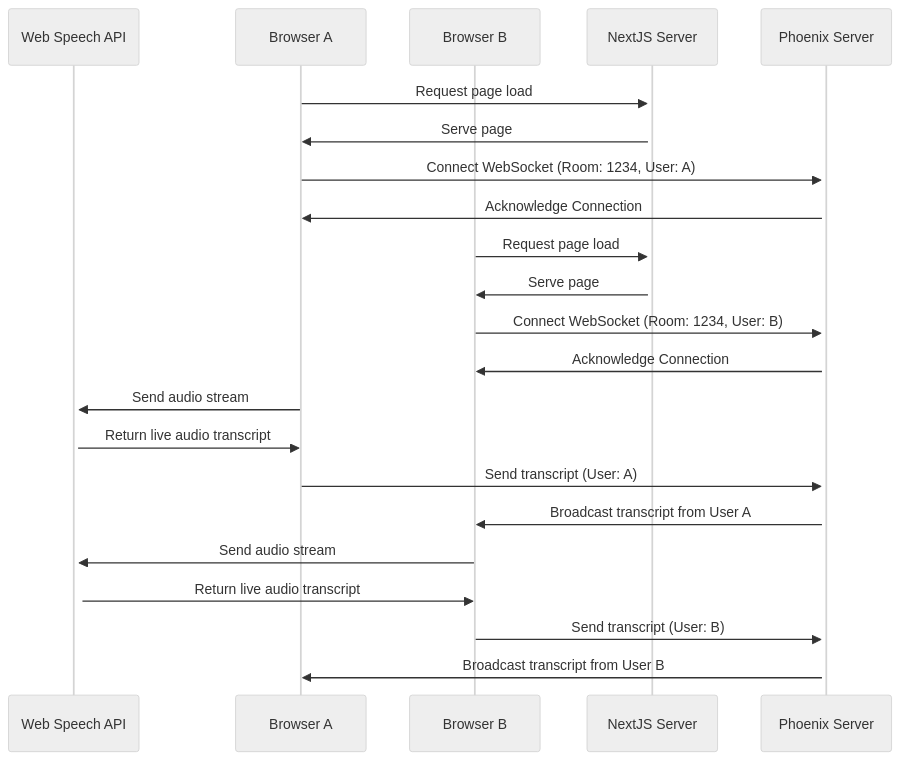
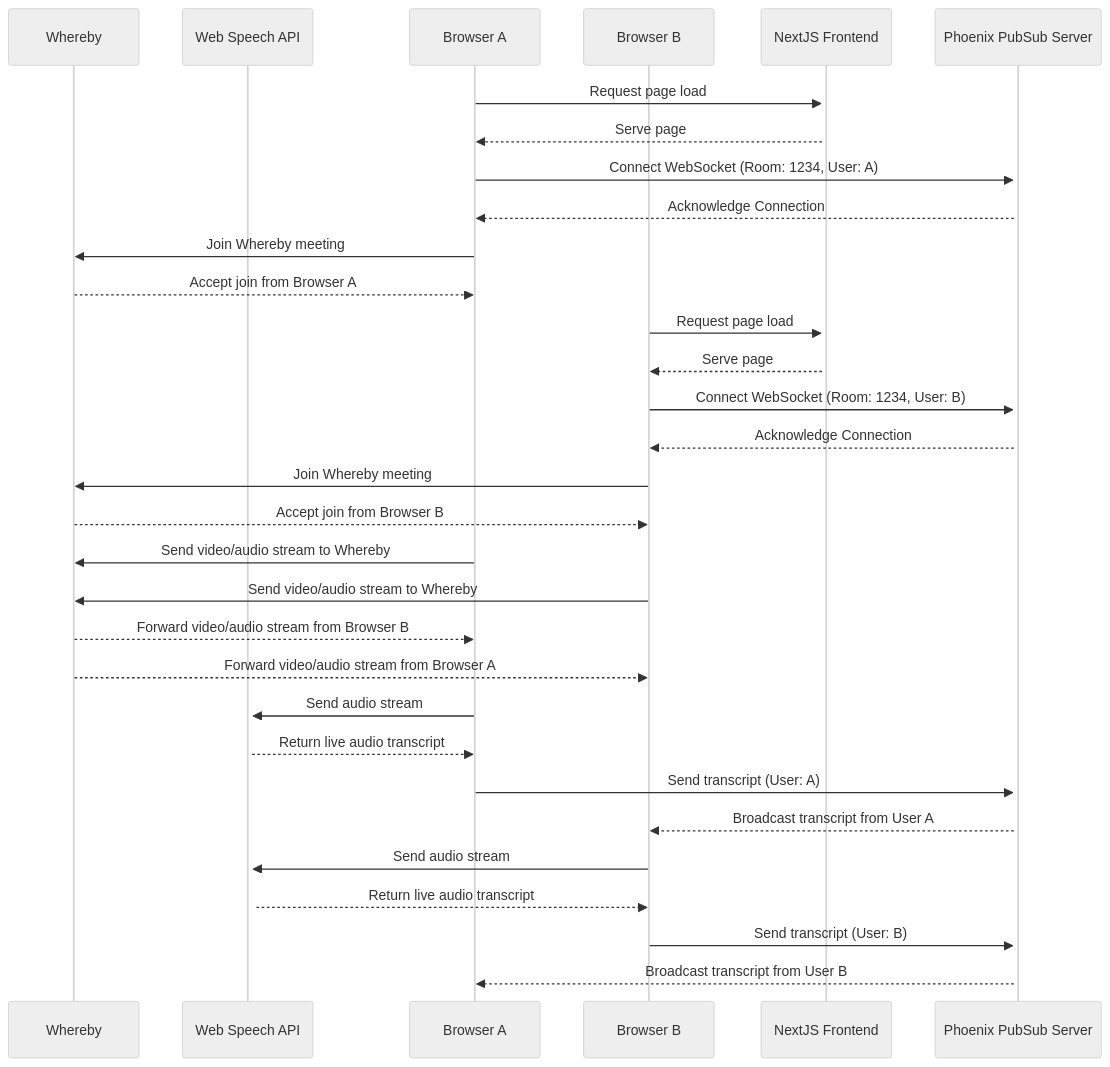
The diagram in README.md (mjftw/transcript-sandbox), drawn with Mermaid (neutral theme) before and after one commit. The commit also changed other lines of this file, not shown here.

Commit message:
Update README to include flow of how meeting transcriptions work

````diff
--- a/README.md
+++ b/README.md
@@ -13,28 +13,38 @@
 ```mermaid
 sequenceDiagram
+    participant Whereby as Whereby
     participant WebSpeechAPI as Web Speech API
     participant BrowserA as Browser A
     participant BrowserB as Browser B
-    participant NextJSServer as NextJS Server
-    participant PhoenixServer as Phoenix Server
+    participant NextJSFrontend as NextJS Frontend
+    participant PhoenixServer as Phoenix PubSub Server
 
-    BrowserA->>+NextJSServer: Request page load
-    NextJSServer->>BrowserA: Serve page
+    BrowserA->>+NextJSFrontend: Request page load
+    NextJSFrontend-->>BrowserA: Serve page
     BrowserA->>+PhoenixServer: Connect WebSocket (Room: 1234, User: A)
-    PhoenixServer->>BrowserA: Acknowledge Connection
+    PhoenixServer-->>BrowserA: Acknowledge Connection
+    BrowserA->>Whereby: Join Whereby meeting
+    Whereby-->>BrowserA: Accept join from Browser A
 
-    BrowserB->>+NextJSServer: Request page load
-    NextJSServer->>BrowserB: Serve page
+    BrowserB->>+NextJSFrontend: Request page load
+    NextJSFrontend-->>BrowserB: Serve page
     BrowserB->>+PhoenixServer: Connect WebSocket (Room: 1234, User: B)
-    PhoenixServer->>BrowserB: Acknowledge Connection
+    PhoenixServer-->>BrowserB: Acknowledge Connection
+    BrowserB->>Whereby: Join Whereby meeting
+    Whereby-->>BrowserB: Accept join from Browser B
+
+    BrowserA->>Whereby: Send video/audio stream to Whereby
+    BrowserB->>Whereby: Send video/audio stream to Whereby
+    Whereby-->>BrowserA: Forward video/audio stream from Browser B
+    Whereby-->>BrowserB: Forward video/audio stream from Browser A
 
     BrowserA->>+WebSpeechAPI: Send audio stream
-    WebSpeechAPI->>BrowserA: Return live audio transcript
+    WebSpeechAPI-->>BrowserA: Return live audio transcript
     BrowserA->>+PhoenixServer: Send transcript (User: A)
-    PhoenixServer->>BrowserB: Broadcast transcript from User A
+    PhoenixServer-->>BrowserB: Broadcast transcript from User A
 
     BrowserB->>+WebSpeechAPI: Send audio stream
-    WebSpeechAPI->>BrowserB: Return live audio transcript
+    WebSpeechAPI-->>BrowserB: Return live audio transcript
     BrowserB->>+PhoenixServer: Send transcript (User: B)
-    PhoenixServer->>BrowserA: Broadcast transcript from User B
+    PhoenixServer-->>BrowserA: Broadcast transcript from User B
 ```
````
